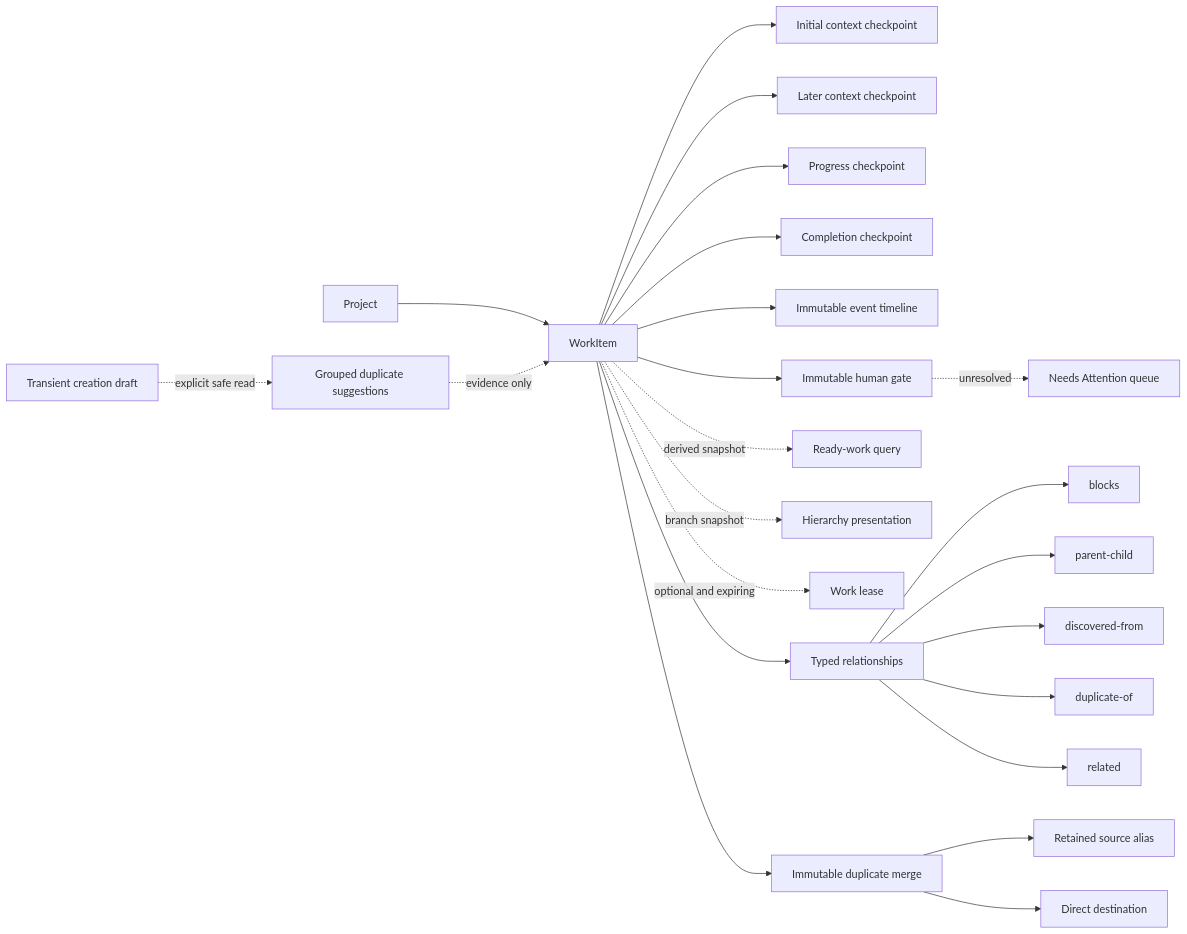
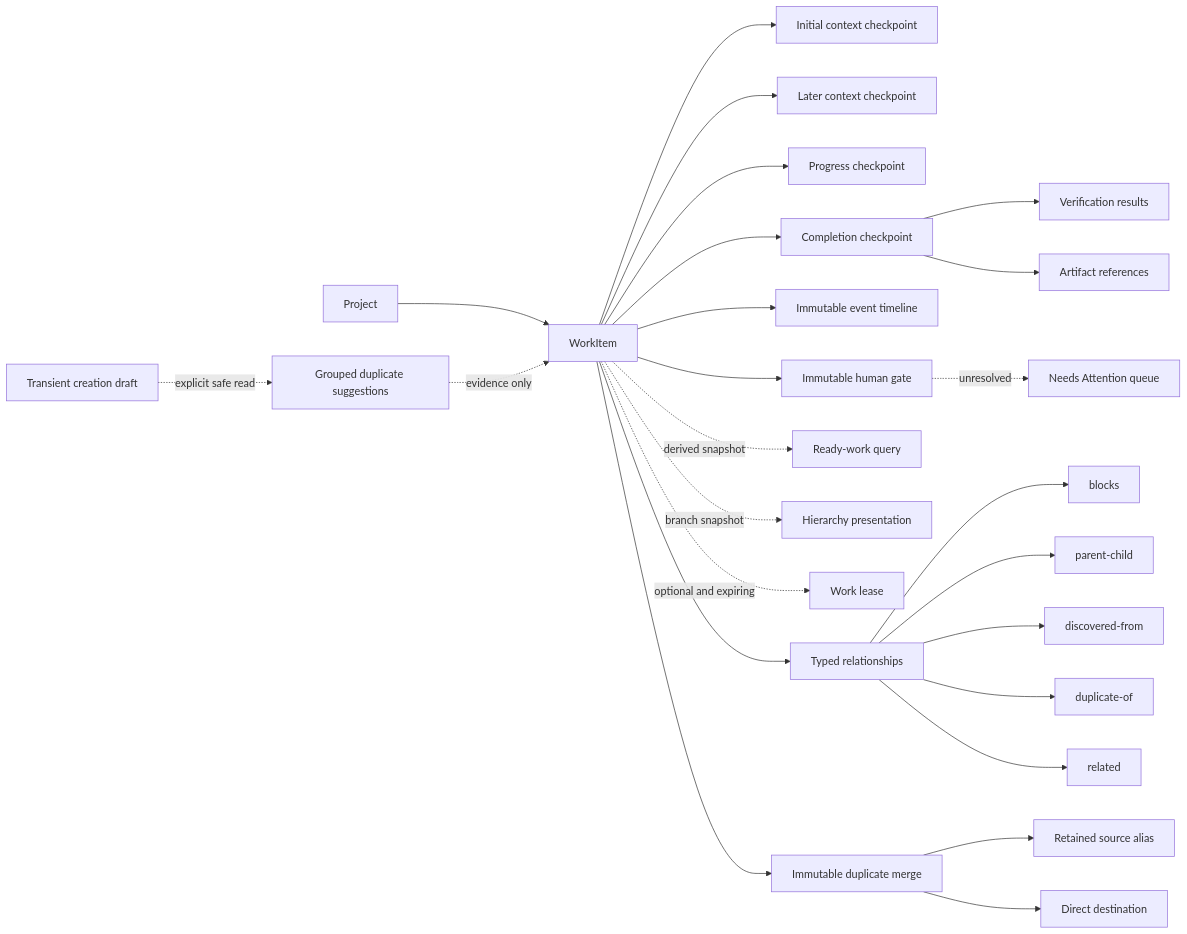
Before and after one commit to RightBrain-Networks/mnemonic: the first of 2 diagrams in docs/architecture.md, drawn with Mermaid. The commit also changed other lines of this file and 114 other files, not shown here.

````diff
--- a/docs/architecture.md
+++ b/docs/architecture.md
@@ -15,25 +15,27 @@
 ```mermaid
 flowchart LR
     Project --> WorkItem
     WorkItem --> Initial[Initial context checkpoint]
     WorkItem --> Context[Later context checkpoint]
     WorkItem --> Progress[Progress checkpoint]
     WorkItem --> Completion[Completion checkpoint]
+    Completion --> Verification[Verification results]
+    Completion --> Artifact[Artifact references]
     WorkItem --> Event[Immutable event timeline]
     WorkItem --> Gate[Immutable human gate]
     Gate -. unresolved .-> Attention[Needs Attention queue]
     WorkItem -. derived snapshot .-> Ready[Ready-work query]
     WorkItem -. branch snapshot .-> Presentation[Hierarchy presentation]
     WorkItem -. optional and expiring .-> Lease[Work lease]
     WorkItem --> Graph[Typed relationships]
     Graph --> Blocks[blocks]
     Graph --> Parent[parent-child]
     Graph --> Discovery[discovered-from]
     Graph --> Duplicate[duplicate-of]
     Graph --> Related[related]
     WorkItem --> Merge[Immutable duplicate merge]
     Merge --> Alias[Retained source alias]
     Merge --> Canonical[Direct destination]
     Draft[Transient creation draft] -. explicit safe read .-> Suggestion[Grouped duplicate suggestions]
     Suggestion -. evidence only .-> WorkItem
 ```
````
